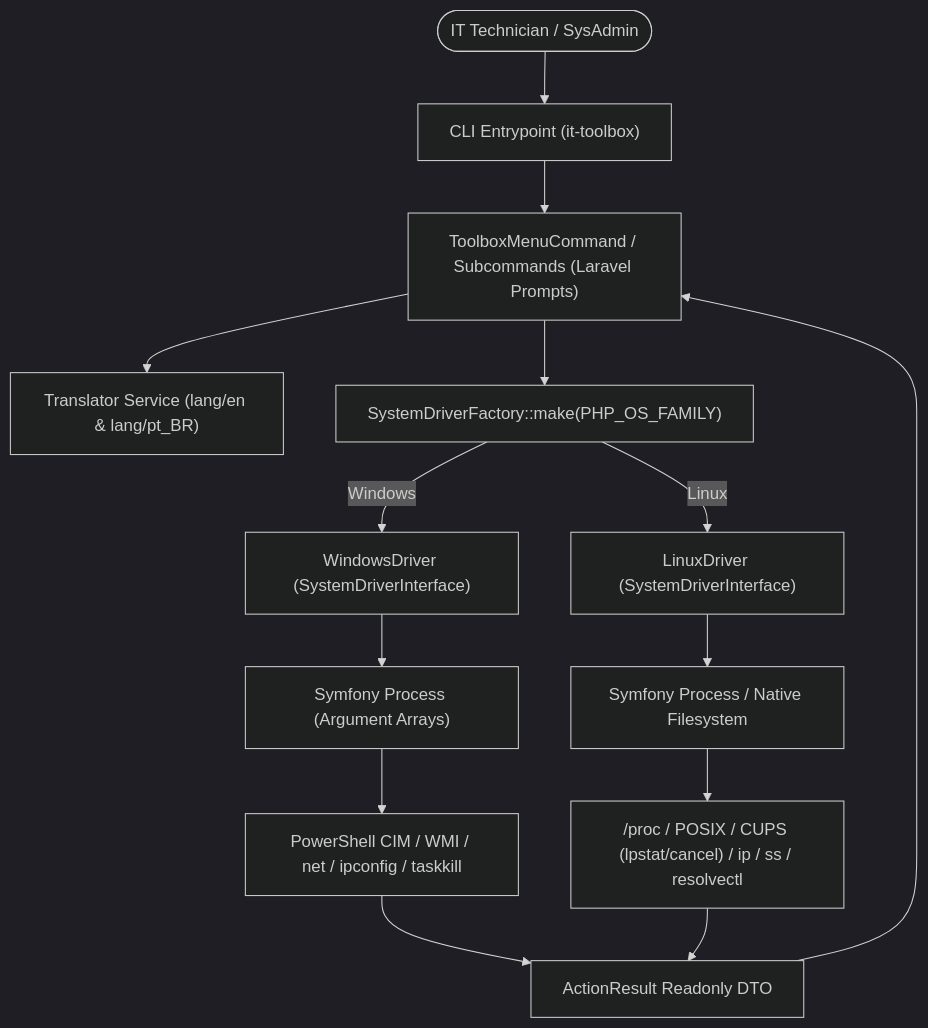
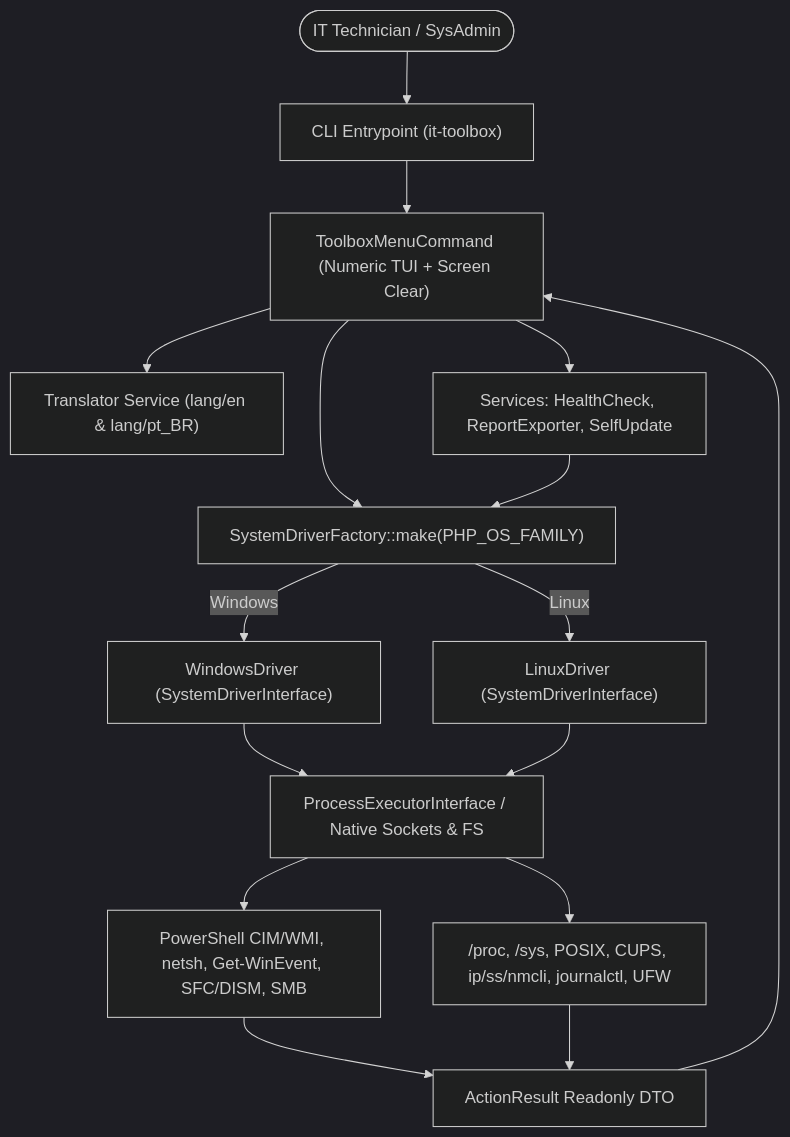
One commit to Dev-lib4n/it-toolbox-cli changed the diagram in README.md. Above: the diagram before and after it, drawn with Mermaid (dark theme). The commit also changed other lines of this file and 18 other files, not shown here.

````diff
--- a/README.md
+++ b/README.md
@@ -51,20 +66,22 @@
 ```mermaid
 flowchart TD
     User(["IT Technician / SysAdmin"]) --> CLI["CLI Entrypoint (it-toolbox)"]
-    CLI --> Menu["ToolboxMenuCommand / Subcommands (Laravel Prompts)"]
+    CLI --> Menu["ToolboxMenuCommand (Numeric TUI + Screen Clear)"]
     Menu --> I18n["Translator Service (lang/en & lang/pt_BR)"]
+    Menu --> Services["Services: HealthCheck, ReportExporter, SelfUpdate"]
     Menu --> Factory["SystemDriverFactory::make(PHP_OS_FAMILY)"]
+    Services --> Factory
 
     Factory -->|Windows| WinDriver["WindowsDriver (SystemDriverInterface)"]
     Factory -->|Linux| LinDriver["LinuxDriver (SystemDriverInterface)"]
 
-    WinDriver --> WinProcess["Symfony Process (Argument Arrays)"]
-    LinDriver --> LinProcess["Symfony Process / Native Filesystem"]
+    WinDriver --> Executor["ProcessExecutorInterface / Native Sockets & FS"]
+    LinDriver --> Executor
 
-    WinProcess --> WinAPI["PowerShell CIM / WMI / net / ipconfig / taskkill"]
-    LinProcess --> LinAPI["/proc / POSIX / CUPS (lpstat/cancel) / ip / ss / resolvectl"]
+    Executor --> WinAPI["PowerShell CIM/WMI, netsh, Get-WinEvent, SFC/DISM, SMB"]
+    Executor --> LinAPI["/proc, /sys, POSIX, CUPS, ip/ss/nmcli, journalctl, UFW"]
 
     WinAPI --> DTO["ActionResult Readonly DTO"]
     LinAPI --> DTO
     DTO --> Menu
 ```
````
